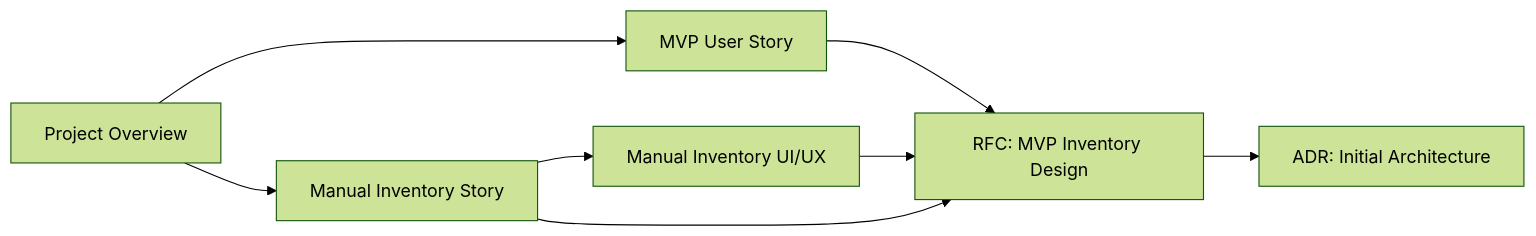
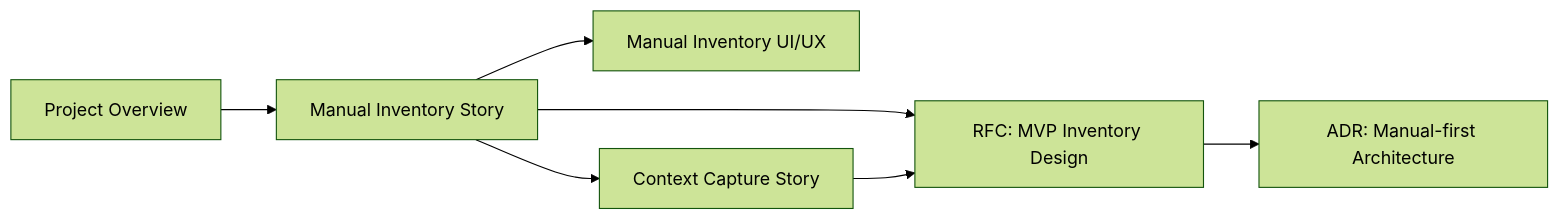
The seventh of 7 diagrams in .qoder/repowiki/en/content/MVP Documentation.md (asukhodko/timeskein), drawn with Mermaid (forest theme) before and after one commit. The commit also changed other lines of this file and 8 other files, not shown here.

First line of the commit message:
docs(architecture): adopt manual-first philosophy as core architectural foundation

````diff
--- a/.qoder/repowiki/en/content/MVP Documentation.md
+++ b/.qoder/repowiki/en/content/MVP Documentation.md
@@ -304,10 +331,9 @@
 ```mermaid
 graph LR
-A["Project Overview"] --> B["MVP User Story"]
-A --> C["Manual Inventory Story"]
-C --> D["Manual Inventory UI/UX"]
-C --> E["RFC: MVP Inventory Design"]
-E --> F["ADR: Initial Architecture"]
-B --> E
-D --> E
+A["Project Overview"] --> B["Manual Inventory Story"]
+B --> C["Manual Inventory UI/UX"]
+B --> D["RFC: MVP Inventory Design"]
+D --> E["ADR: Manual-first Architecture"]
+B --> F["Context Capture Story"]
+F --> D
 ```
````
